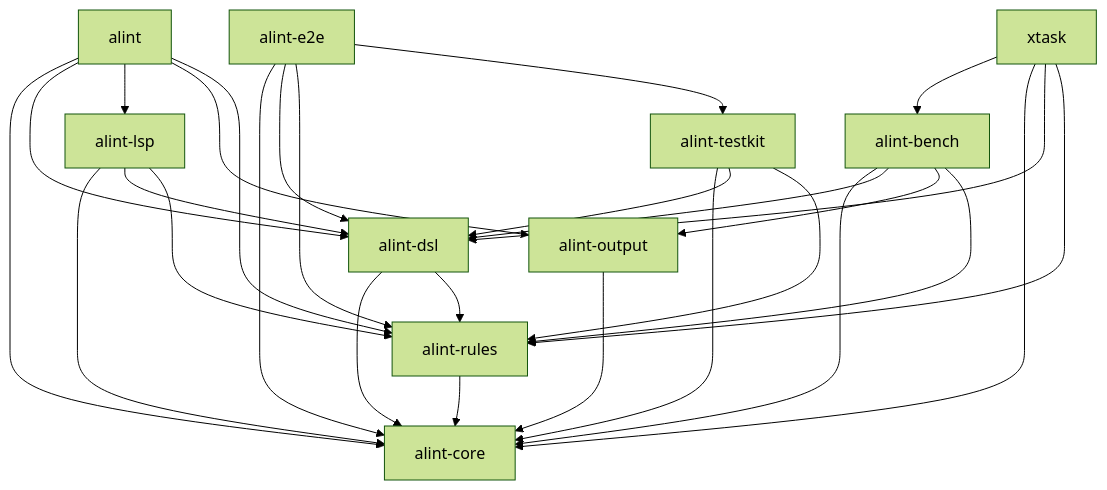
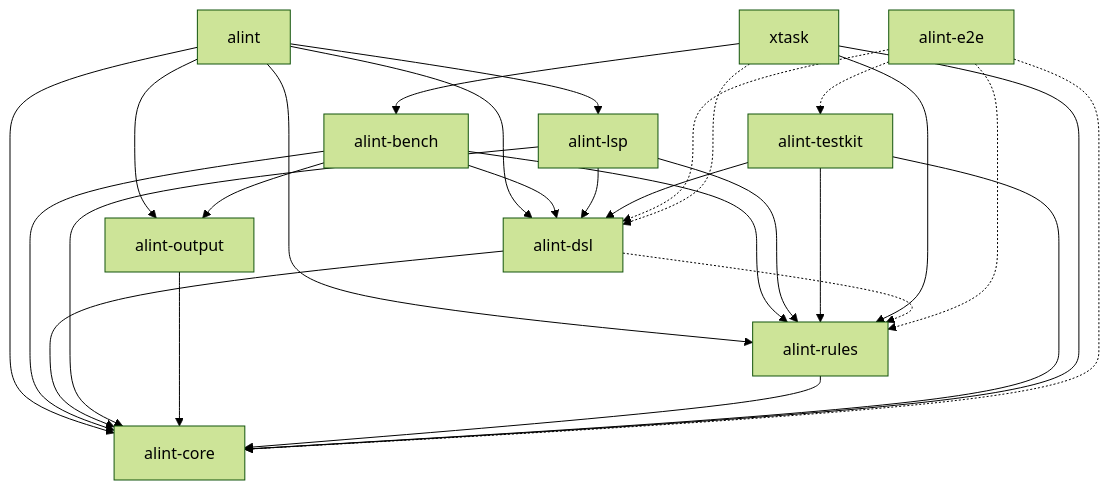
One commit to actions-marketplace-validations/asamarts_alint changed the diagram in docs/design/architecture/crate-graph.md. Above: the diagram before and after it, drawn with Mermaid (forest theme). The commit also changed other lines of this file and 3 other files, not shown here.

````diff
--- a/docs/design/architecture/crate-graph.md
+++ b/docs/design/architecture/crate-graph.md
@@ -11,40 +11,40 @@
 ```mermaid
 graph TD
     alint["alint"]
     alint_bench["alint-bench"]
     alint_core["alint-core"]
     alint_dsl["alint-dsl"]
     alint_e2e["alint-e2e"]
     alint_lsp["alint-lsp"]
     alint_output["alint-output"]
     alint_rules["alint-rules"]
     alint_testkit["alint-testkit"]
     xtask["xtask"]
     alint --> alint_core
     alint --> alint_dsl
     alint --> alint_lsp
     alint --> alint_output
     alint --> alint_rules
     alint_bench --> alint_core
     alint_bench --> alint_dsl
     alint_bench --> alint_output
     alint_bench --> alint_rules
     alint_dsl --> alint_core
-    alint_dsl --> alint_rules
-    alint_e2e --> alint_core
-    alint_e2e --> alint_dsl
-    alint_e2e --> alint_rules
-    alint_e2e --> alint_testkit
     alint_lsp --> alint_core
     alint_lsp --> alint_dsl
     alint_lsp --> alint_rules
     alint_output --> alint_core
     alint_rules --> alint_core
     alint_testkit --> alint_core
     alint_testkit --> alint_dsl
     alint_testkit --> alint_rules
     xtask --> alint_bench
     xtask --> alint_core
-    xtask --> alint_dsl
     xtask --> alint_rules
+    alint_dsl -.-> alint_rules
+    alint_e2e -.-> alint_core
+    alint_e2e -.-> alint_dsl
+    alint_e2e -.-> alint_rules
+    alint_e2e -.-> alint_testkit
+    xtask -.-> alint_dsl
 ```
````
